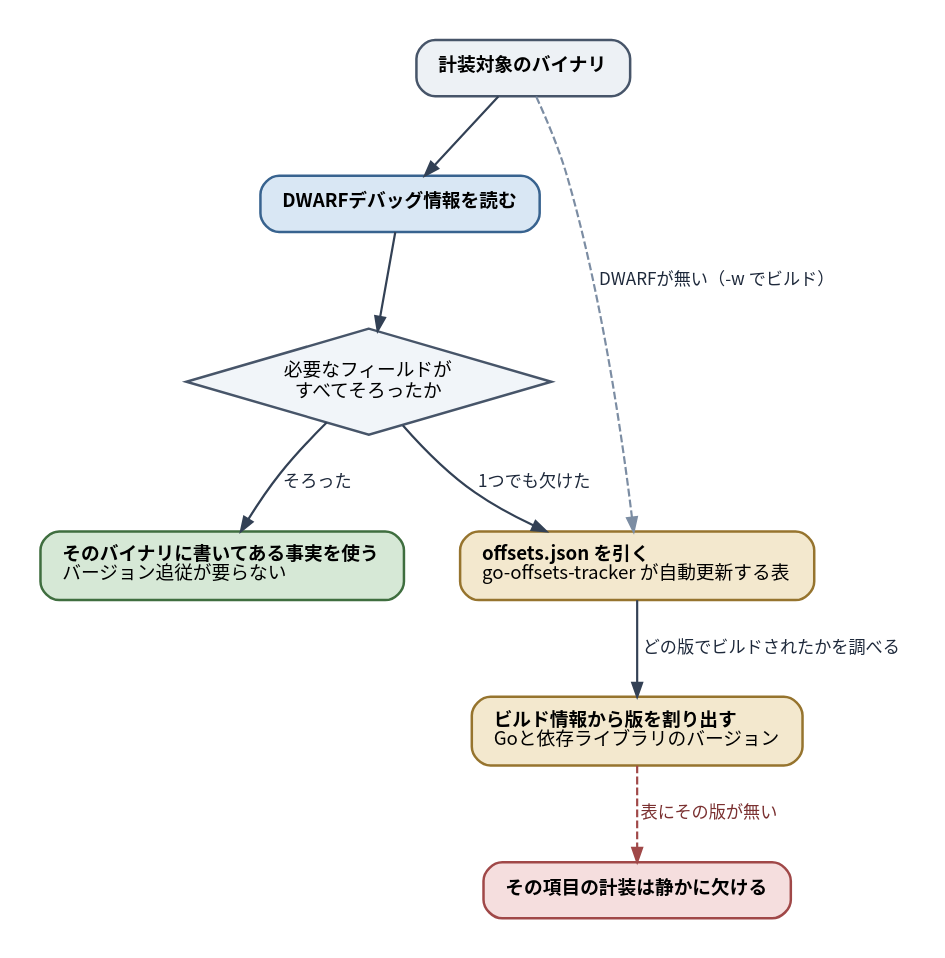
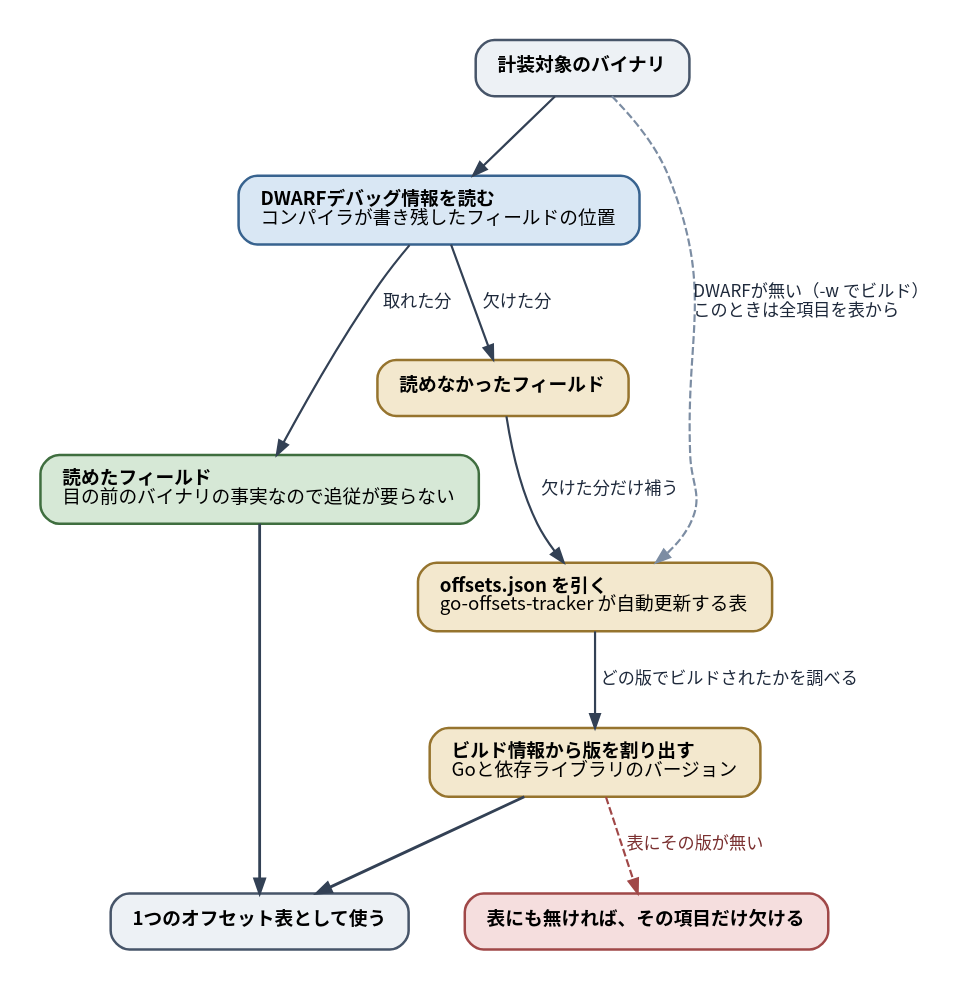
One commit to ymotongpoo/zenn.dev changed the diagram in diagrams/20260820-go-ebpf-instrumentation/20260820-offset-resolution.dot. Above: the diagram before and after it, drawn with Graphviz. The commit also changed 19 other files, not shown here.

First line of the commit message:
レビュー指摘に沿って図版を追加し、3枚を差し替えた

```diff
--- a/diagrams/20260820-go-ebpf-instrumentation/20260820-offset-resolution.dot
+++ b/diagrams/20260820-go-ebpf-instrumentation/20260820-offset-resolution.dot
@@ -1,40 +1,43 @@
 // オフセット解決の2段構え
 digraph offset_resolution {
   graph [
     fontname="Harano Aji Gothic,Noto Sans CJK JP,IPAGothic", fontsize=13,
     rankdir=TB, compound=true, splines=true,
     nodesep=0.5, ranksep=0.7, pad=0.25,
     bgcolor="white", newrank=true
   ];
   node [
     fontname="Harano Aji Gothic,Noto Sans CJK JP,IPAGothic", fontsize=12,
     shape=box, style="rounded,filled",
     fillcolor="#F1F5F9", color="#475569", penwidth=1.6,
     margin="0.2,0.14"
   ];
   edge [
     fontname="Harano Aji Gothic,Noto Sans CJK JP,IPAGothic", fontsize=11,
     color="#334155", penwidth=1.4, arrowsize=0.9,
     fontcolor="#1E293B"
   ];
 
   bin [label=<<b>計装対象のバイナリ</b>>, fillcolor="#EDF1F5"];
-  dwarf [label=<<b>DWARFデバッグ情報を読む</b>>, fillcolor="#D9E7F4", color="#38638F"];
-  check [shape=diamond, style="filled", margin="0.05,0.05",
-         label=<必要なフィールドが<br/>すべてそろったか>, fillcolor="#F1F5F9", color="#475569"];
-  ok [label=<<b>そのバイナリに書いてある事実を使う</b><br align="left"/>バージョン追従が要らない<br align="left"/>>,
-      fillcolor="#D6E8D6", color="#3F6E3F"];
+  dwarf [label=<<b>DWARFデバッグ情報を読む</b><br align="left"/>コンパイラが書き残したフィールドの位置<br align="left"/>>,
+         fillcolor="#D9E7F4", color="#38638F"];
+  got [label=<<b>読めたフィールド</b><br align="left"/>目の前のバイナリの事実なので追従が要らない<br align="left"/>>,
+       fillcolor="#D6E8D6", color="#3F6E3F"];
+  missing [label=<<b>読めなかったフィールド</b>>, fillcolor="#F3E8CE", color="#96742E"];
   table [label=<<b>offsets.json を引く</b><br align="left"/>go-offsets-tracker が自動更新する表<br align="left"/>>,
          fillcolor="#F3E8CE", color="#96742E"];
   ver [label=<<b>ビルド情報から版を割り出す</b><br align="left"/>Goと依存ライブラリのバージョン<br align="left"/>>,
        fillcolor="#F3E8CE", color="#96742E"];
-  miss [label=<<b>その項目の計装は静かに欠ける</b>>, fillcolor="#F5DEDE", color="#A04848"];
+  merged [label=<<b>1つのオフセット表として使う</b>>, fillcolor="#EDF1F5"];
+  miss [label=<<b>表にも無ければ、その項目だけ欠ける</b>>, fillcolor="#F5DEDE", color="#A04848"];
 
   bin -> dwarf;
-  dwarf -> check;
-  check -> ok [label=" そろった"];
-  check -> table [label=" 1つでも欠けた"];
-  bin -> table [label=" DWARFが無い（-w でビルド）", style=dashed, color="#7C8DA3"];
+  dwarf -> got [label=" 取れた分"];
+  dwarf -> missing [label=" 欠けた分"];
+  bin -> table [label=" DWARFが無い（-w でビルド）\l このときは全項目を表から\l", style=dashed, color="#7C8DA3"];
+  missing -> table [label=" 欠けた分だけ補う"];
   table -> ver [label=" どの版でビルドされたかを調べる"];
+  got -> merged [penwidth=1.8];
+  ver -> merged [penwidth=1.8];
   ver -> miss [label=" 表にその版が無い", style=dashed, color="#A04848", fontcolor="#7A3030"];
 }
```
